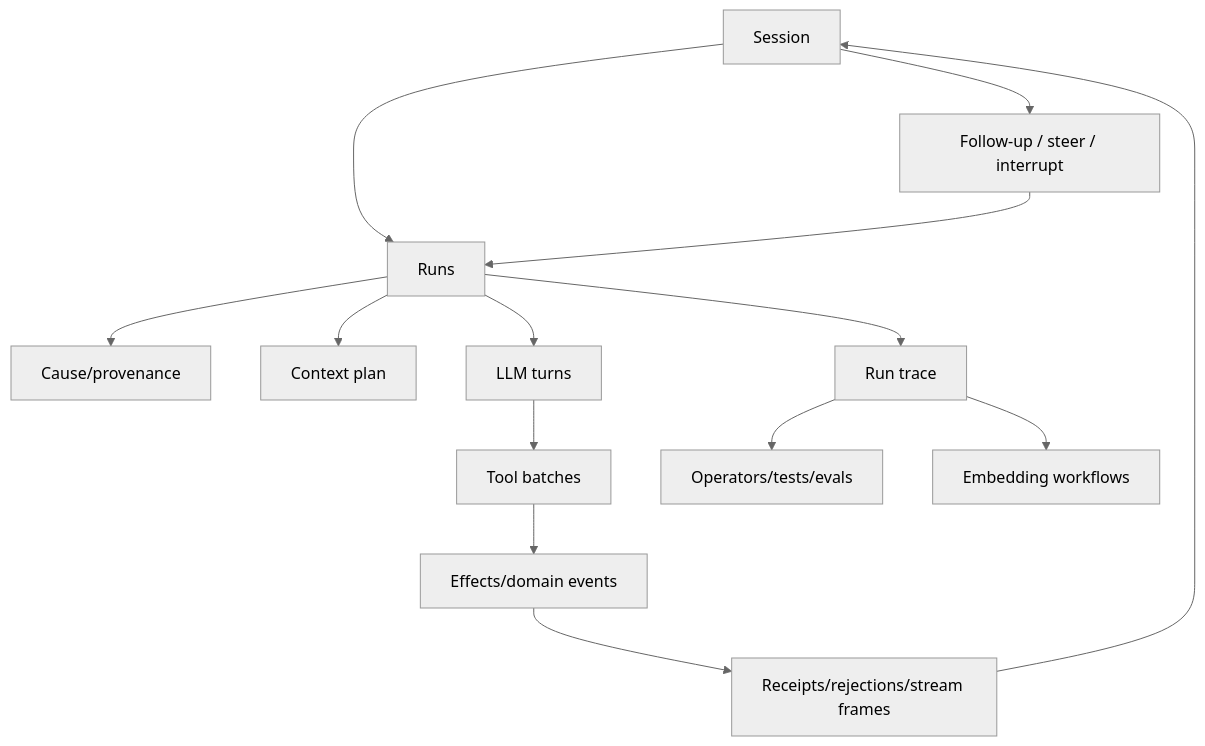
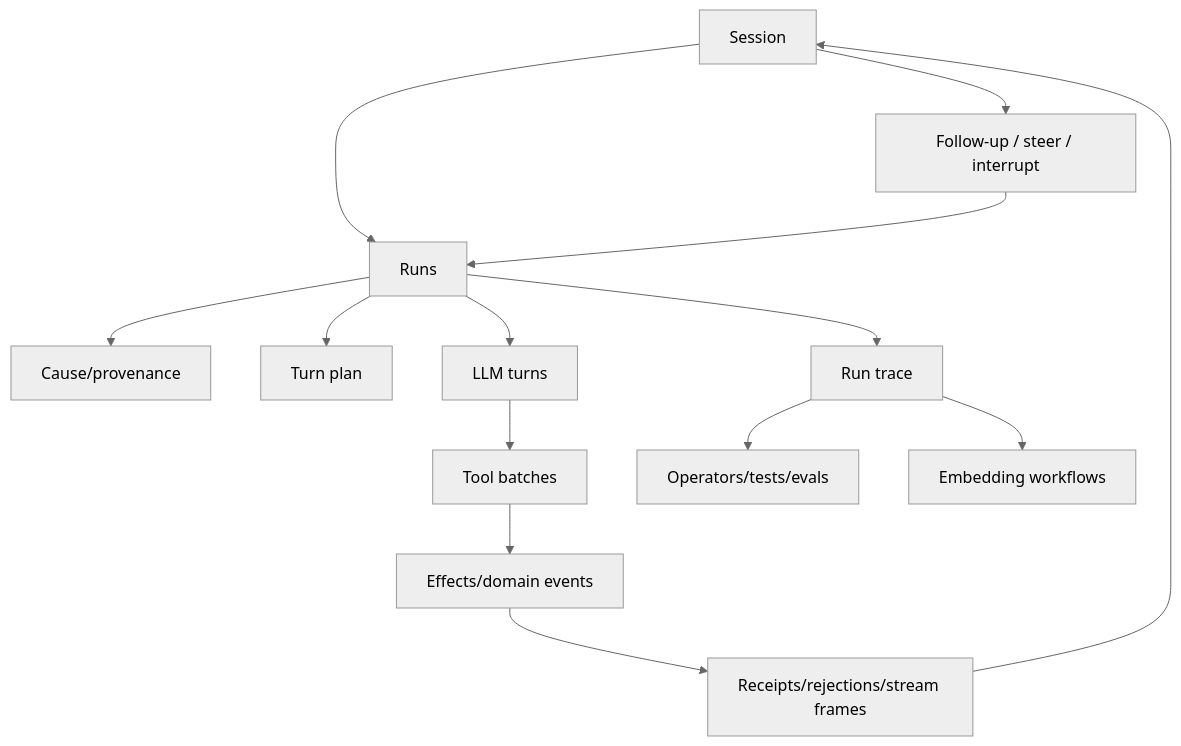
Before and after one commit to smartcomputer-ai/agent-os: diagram 22 of 22 in roadmap/v0.30-agent/visual-guide.md, drawn with Mermaid (neutral theme). The commit also changed other lines of this file, not shown here.

````diff
--- a/roadmap/v0.30-agent/visual-guide.md
+++ b/roadmap/v0.30-agent/visual-guide.md
@@ -1554,18 +1623,18 @@
 ```mermaid
 flowchart TD
   Session[Session] --> Runs[Runs]
   Runs --> Cause[Cause/provenance]
-  Runs --> Context[Context plan]
+  Runs --> TurnPlan[Turn plan]
   Runs --> LLM[LLM turns]
   LLM --> Tools[Tool batches]
   Tools --> Effects[Effects/domain events]
   Effects --> Receipts[Receipts/rejections/stream frames]
   Receipts --> Session
 
   Session --> Interventions[Follow-up / steer / interrupt]
   Interventions --> Runs
 
   Runs --> Trace[Run trace]
   Trace --> Operators[Operators/tests/evals]
   Trace --> Products[Embedding workflows]
 ```
````
